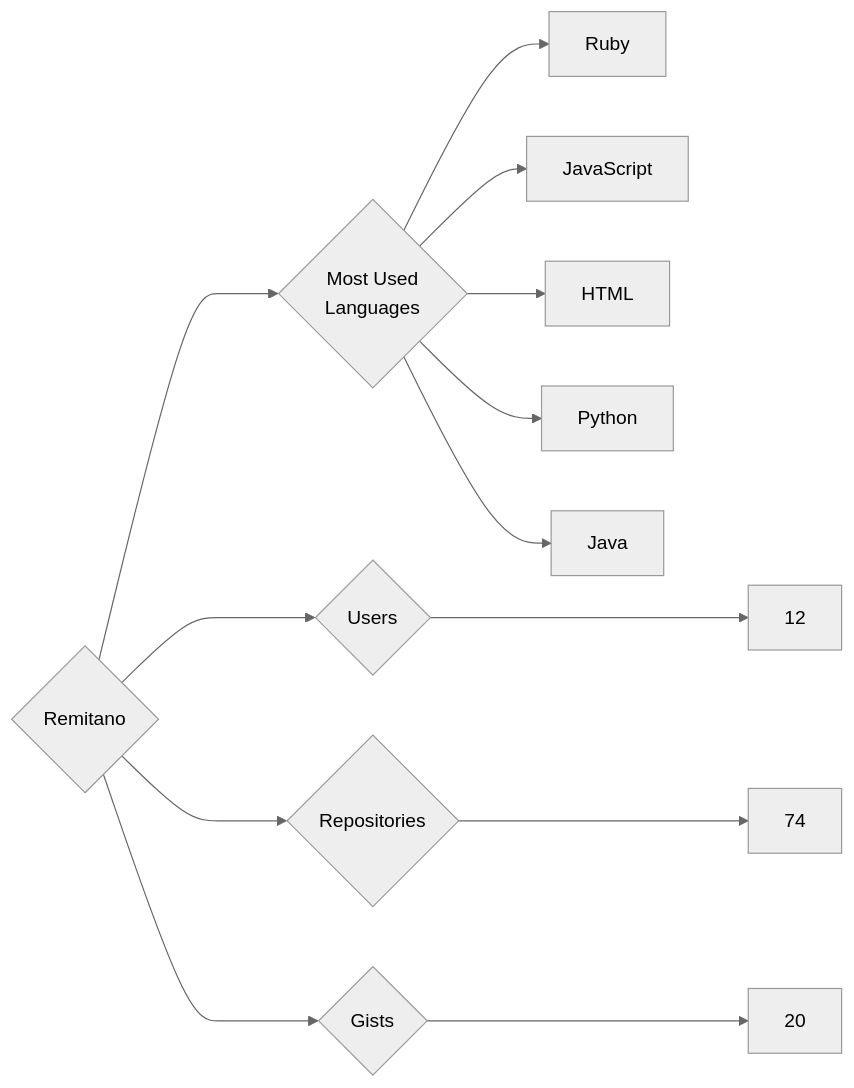
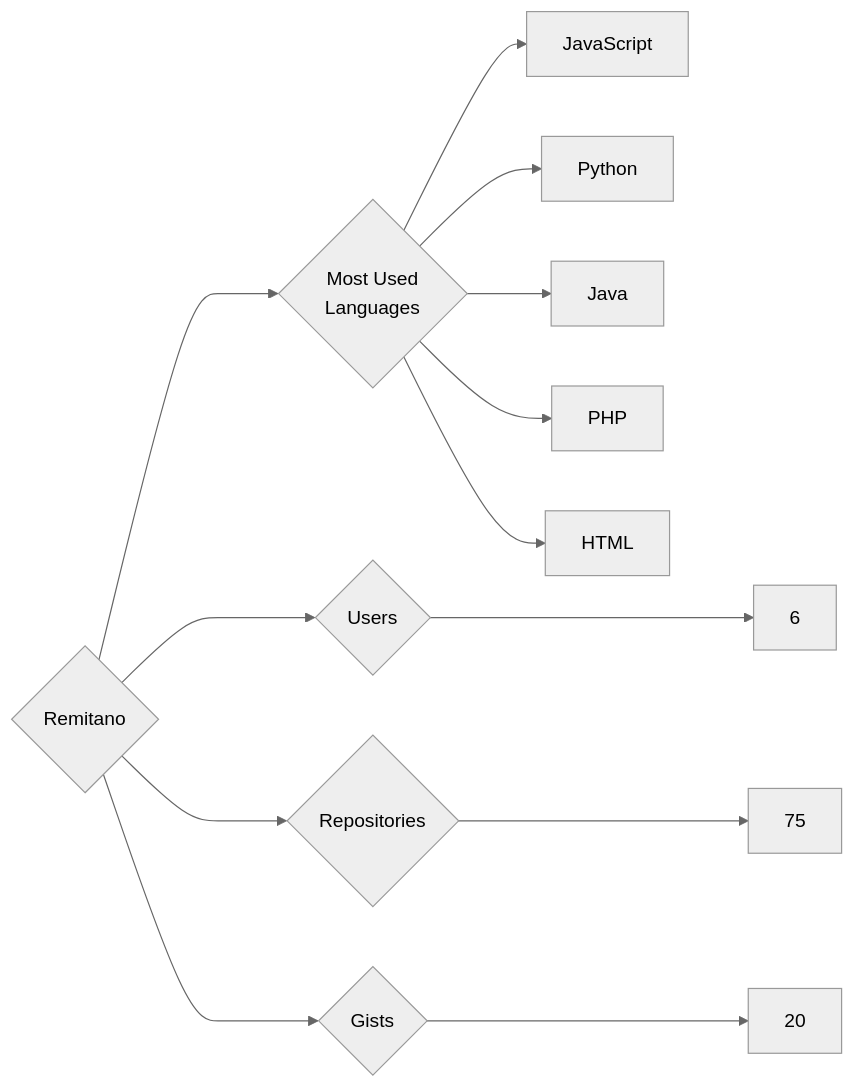
The diagram in targets/Remitano/README.md (trickest/insiders), drawn with Mermaid (neutral theme) before and after one commit. The commit also changed 681 other files, not shown here.

````diff
--- a/targets/Remitano/README.md
+++ b/targets/Remitano/README.md
@@ -3,13 +3,13 @@
 ```mermaid
 graph LR
 COMPANY_NAME{Remitano}
-COMPANY_NAME ---> U{Users} ---> UN[12]
-COMPANY_NAME ---> R{Repositories} ---> RN[74]
+COMPANY_NAME ---> U{Users} ---> UN[6]
+COMPANY_NAME ---> R{Repositories} ---> RN[75]
 COMPANY_NAME ---> G{Gists} ---> GN[20]
 COMPANY_NAME ---> ML{Most Used<br>Languages}
-ML --> Ruby[Ruby]
 ML --> JavaScript[JavaScript]
-ML --> HTML[HTML]
 ML --> Python[Python]
 ML --> Java[Java]
+ML --> PHP[PHP]
+ML --> HTML[HTML]
 ```
````
